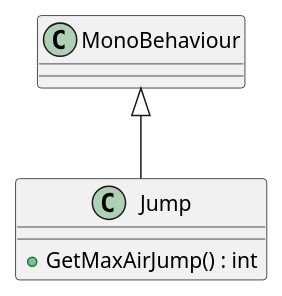
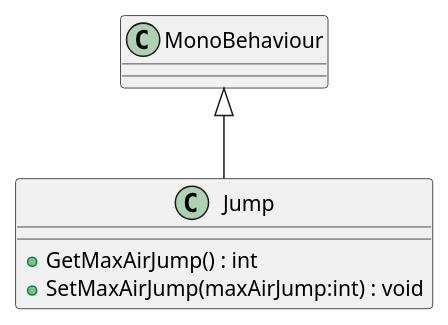
One commit to KawinM23/TakeControl changed the diagram in UML/Capabilities/Jump.puml. Above: the diagram before and after it, drawn with PlantUML. The commit also changed 7 other files, not shown here.

Commit message:
ci: generate uml (Generate UML)

```diff
--- a/UML/Capabilities/Jump.puml
+++ b/UML/Capabilities/Jump.puml
@@ -1,6 +1,7 @@
 @startuml
 class Jump {
     + GetMaxAirJump() : int
+    + SetMaxAirJump(maxAirJump:int) : void
 }
 MonoBehaviour <|-- Jump
 @enduml
```
